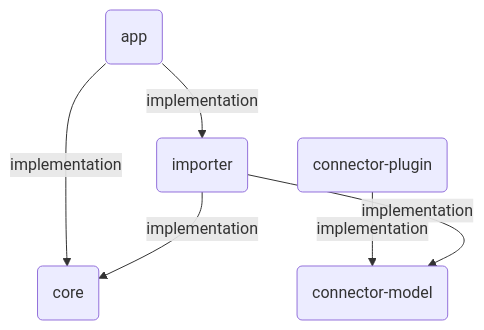
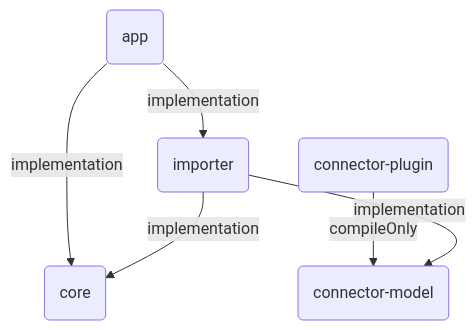
The diagram in README.md (ryru/dependency-graph-analyser), drawn with Mermaid before and after one commit. The commit also changed other lines of this file and 2 other files, not shown here.

First line of the commit message:
Include model class dependency into connector plugin

````diff
--- a/README.md
+++ b/README.md
@@ -12,8 +12,8 @@
 ```mermaid
 graph TD
     vd2a57d(app) -->|implementation| va74ad8(core)
     vd2a57d(app) -->|implementation| v1bc49d(importer)
-    va02543(connector-plugin) -->|implementation| v91bd8e(connector-model)
+    va02543(connector-plugin) -->|compileOnly| v91bd8e(connector-model)
     v1bc49d(importer) -->|implementation| v91bd8e(connector-model)
     v1bc49d(importer) -->|implementation| va74ad8(core)
 ```
````
